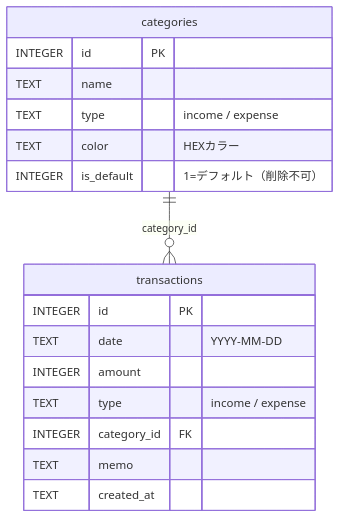
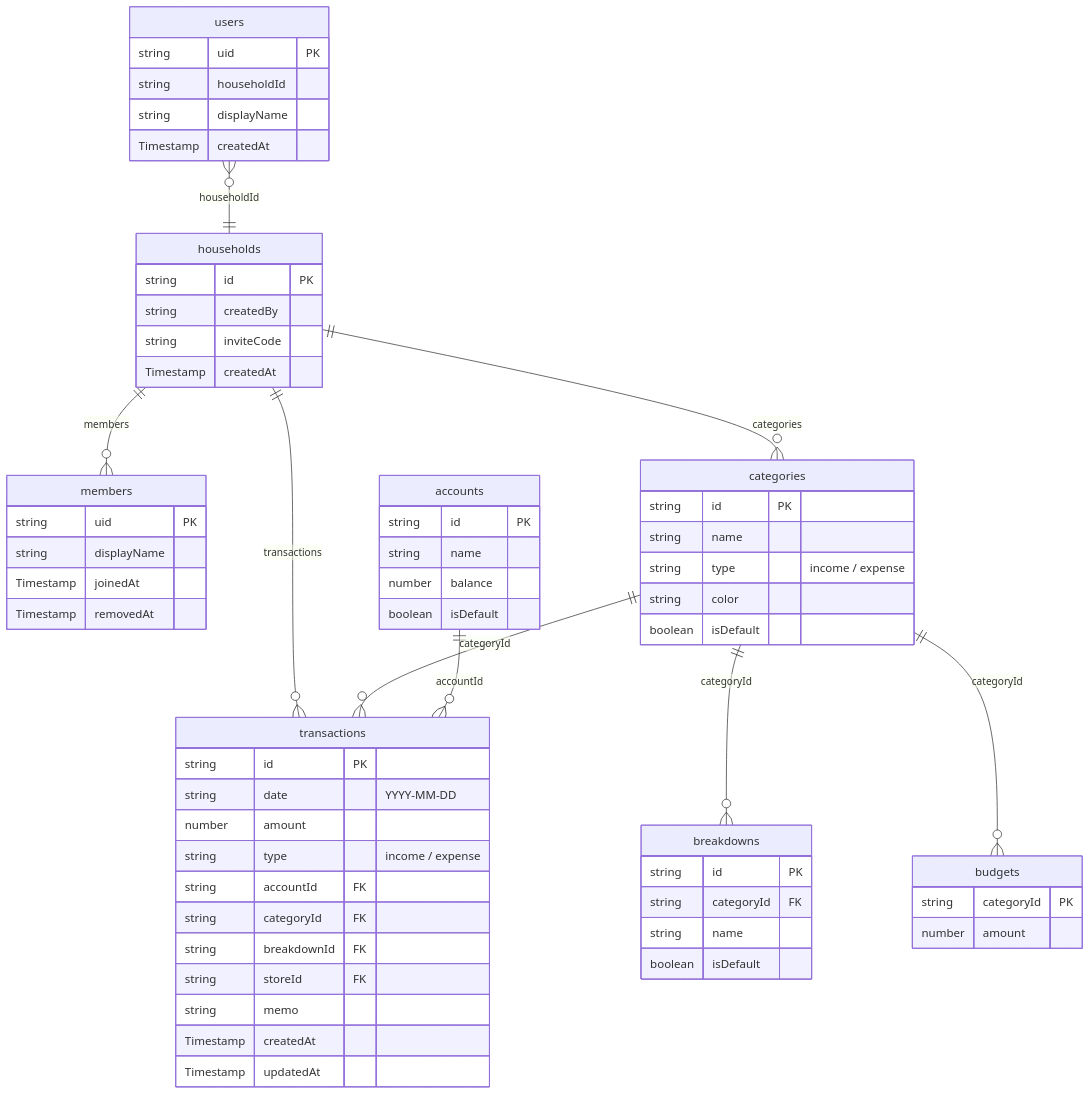
The third of 6 diagrams in ARCHITECTURE.md (PLUG365/moneyplanner), drawn with Mermaid before and after one commit. The commit also changed other lines of this file and 63 other files, not shown here.

````diff
--- a/ARCHITECTURE.md
+++ b/ARCHITECTURE.md
@@ -69,22 +81,73 @@
 ```mermaid
 erDiagram
-    categories {
-        INTEGER id PK
-        TEXT name
-        TEXT type "income / expense"
-        TEXT color "HEXカラー"
-        INTEGER is_default "1=デフォルト（削除不可）"
+    users {
+        string uid PK
+        string householdId
+        string displayName
+        Timestamp createdAt
+    }
+
+    households {
+        string id PK
+        string createdBy
+        string inviteCode
+        Timestamp createdAt
+    }
+
+    members {
+        string uid PK
+        string displayName
+        Timestamp joinedAt
+        Timestamp removedAt
     }
 
     transactions {
-        INTEGER id PK
-        TEXT date "YYYY-MM-DD"
-        INTEGER amount
-        TEXT type "income / expense"
-        INTEGER category_id FK
-        TEXT memo
-        TEXT created_at
+        string id PK
+        string date "YYYY-MM-DD"
+        number amount
+        string type "income / expense"
+        string accountId FK
+        string categoryId FK
+        string breakdownId FK
+        string storeId FK
+        string memo
+        Timestamp createdAt
+        Timestamp updatedAt
     }
 
-    categories ||--o{ transactions : "category_id"
+    categories {
+        string id PK
+        string name
+        string type "income / expense"
+        string color
+        boolean isDefault
+    }
+
+    breakdowns {
+        string id PK
+        string categoryId FK
+        string name
+        boolean isDefault
+    }
+
+    accounts {
+        string id PK
+        string name
+        number balance
+        boolean isDefault
+    }
+
+    budgets {
+        string categoryId PK
+        number amount
+    }
+
+    users }o--|| households : "householdId"
+    households ||--o{ members : "members"
+    households ||--o{ transactions : "transactions"
+    households ||--o{ categories : "categories"
+    categories ||--o{ breakdowns : "categoryId"
+    categories ||--o{ budgets : "categoryId"
+    categories ||--o{ transactions : "categoryId"
+    accounts ||--o{ transactions : "accountId"
 ```
````
